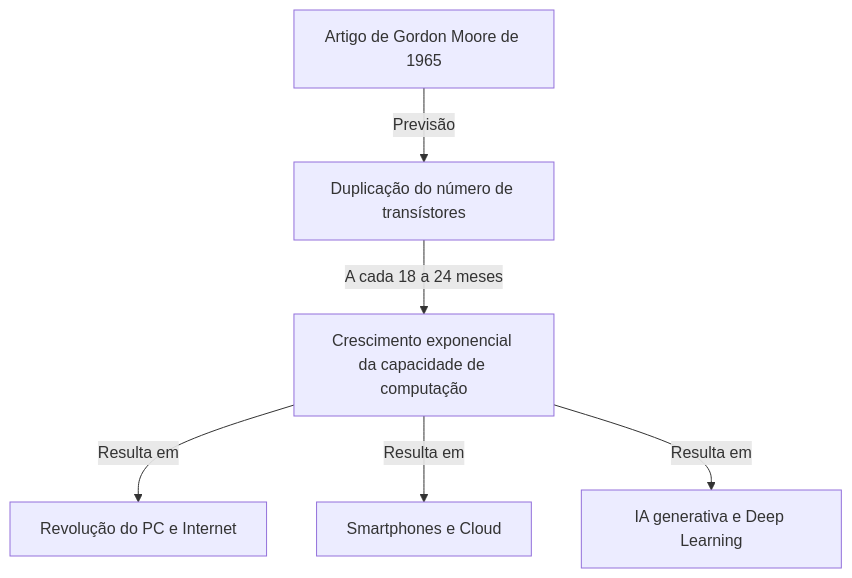
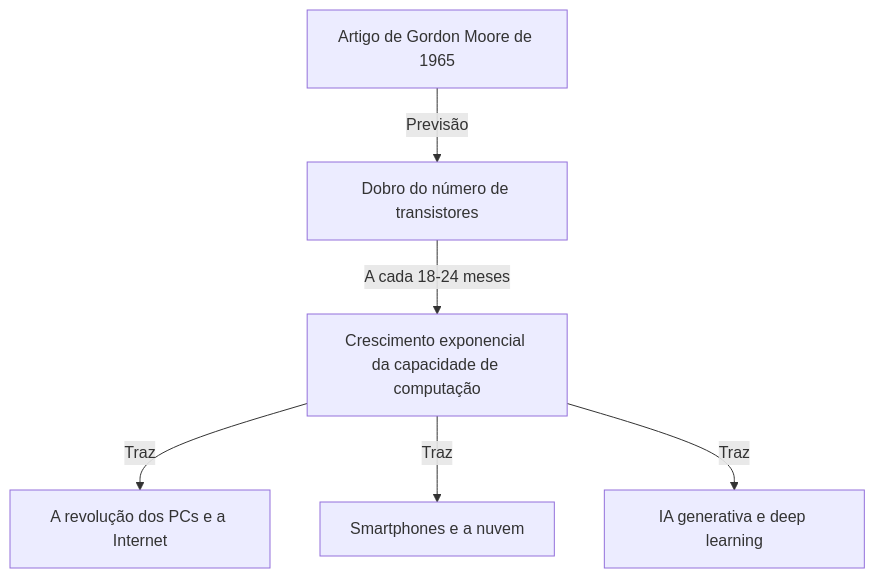
One commit to kenjinote/blog changed the first of 2 diagrams in content/post/business-moores-law/index.pt.md. Above: the diagram before and after it, drawn with Mermaid. The commit also changed other lines of this file and 40 other files, not shown here.

````diff
--- a/content/post/business-moores-law/index.pt.md
+++ b/content/post/business-moores-law/index.pt.md
@@ -25,8 +25,8 @@
 ```mermaid
 graph TD
-    A["Artigo de Gordon Moore de 1965"] -- "Previsão" --> B["Duplicação do número de transístores"]
-    B -- "A cada 18 a 24 meses" --> C["Crescimento exponencial da capacidade de computação"]
-    C -- "Resulta em" --> D["Revolução do PC e Internet"]
-    C -- "Resulta em" --> E["Smartphones e Cloud"]
-    C -- "Resulta em" --> F["IA generativa e Deep Learning"]
+    A["Artigo de Gordon Moore de 1965"] -- "Previsão" --> B["Dobro do número de transistores"]
+    B -- "A cada 18-24 meses" --> C["Crescimento exponencial da capacidade de computação"]
+    C -- "Traz" --> D["A revolução dos PCs e a Internet"]
+    C -- "Traz" --> E["Smartphones e a nuvem"]
+    C -- "Traz" --> F["IA generativa e deep learning"]
 ```
````
